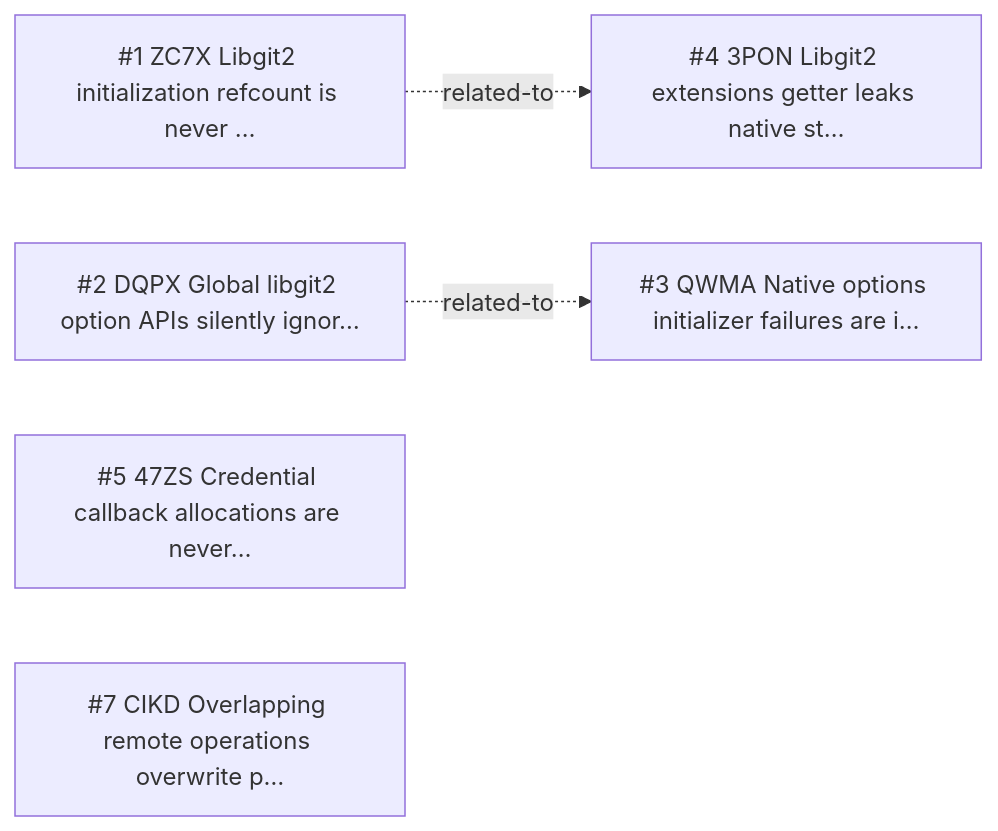
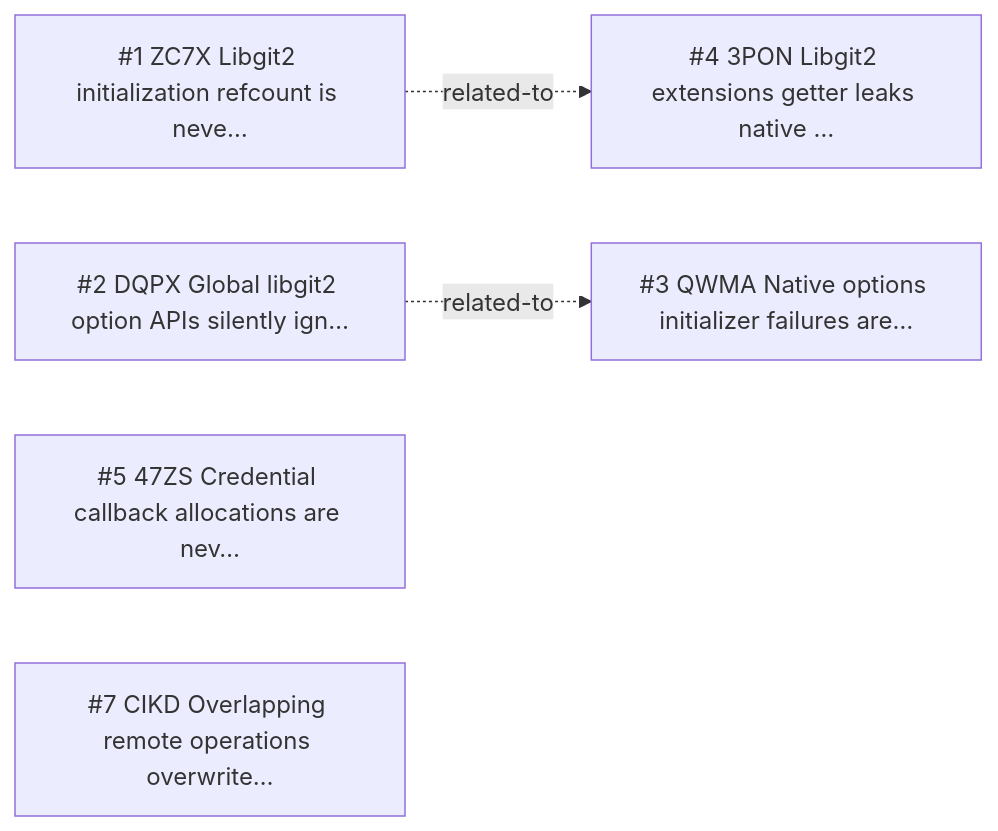
Before and after one commit to DartGit-dev/git2dart: the diagram in _reversa_bugs/native-runtime-and-platform-boundary/generated/graph.md, drawn with Mermaid. The commit also changed other lines of this file and 80 other files, not shown here.

Commit message:
fix: release remote native allocations

````diff
--- a/_reversa_bugs/native-runtime-and-platform-boundary/generated/graph.md
+++ b/_reversa_bugs/native-runtime-and-platform-boundary/generated/graph.md
@@ -5,11 +5,11 @@
 ```mermaid
 graph LR
-  n_BUG_20260817_ZC7X["#1 ZC7X Libgit2 initialization refcount is never …"]
-  n_BUG_20260817_3PON["#4 3PON Libgit2 extensions getter leaks native st…"]
+  n_BUG_20260817_ZC7X["#1 ZC7X Libgit2 initialization refcount is neve…"]
+  n_BUG_20260817_DQPX["#2 DQPX Global libgit2 option APIs silently ign…"]
+  n_BUG_20260817_QWMA["#3 QWMA Native options initializer failures are…"]
+  n_BUG_20260817_3PON["#4 3PON Libgit2 extensions getter leaks native …"]
+  n_BUG_20260817_47ZS["#5 47ZS Credential callback allocations are nev…"]
+  n_BUG_20260817_CIKD["#7 CIKD Overlapping remote operations overwrite…"]
   n_BUG_20260817_ZC7X -. related-to .-> n_BUG_20260817_3PON
-  n_BUG_20260817_DQPX["#2 DQPX Global libgit2 option APIs silently ignor…"]
-  n_BUG_20260817_QWMA["#3 QWMA Native options initializer failures are i…"]
   n_BUG_20260817_DQPX -. related-to .-> n_BUG_20260817_QWMA
-  n_BUG_20260817_47ZS["#5 47ZS Credential callback allocations are never…"]
-  n_BUG_20260817_CIKD["#7 CIKD Overlapping remote operations overwrite p…"]
 ```
````
